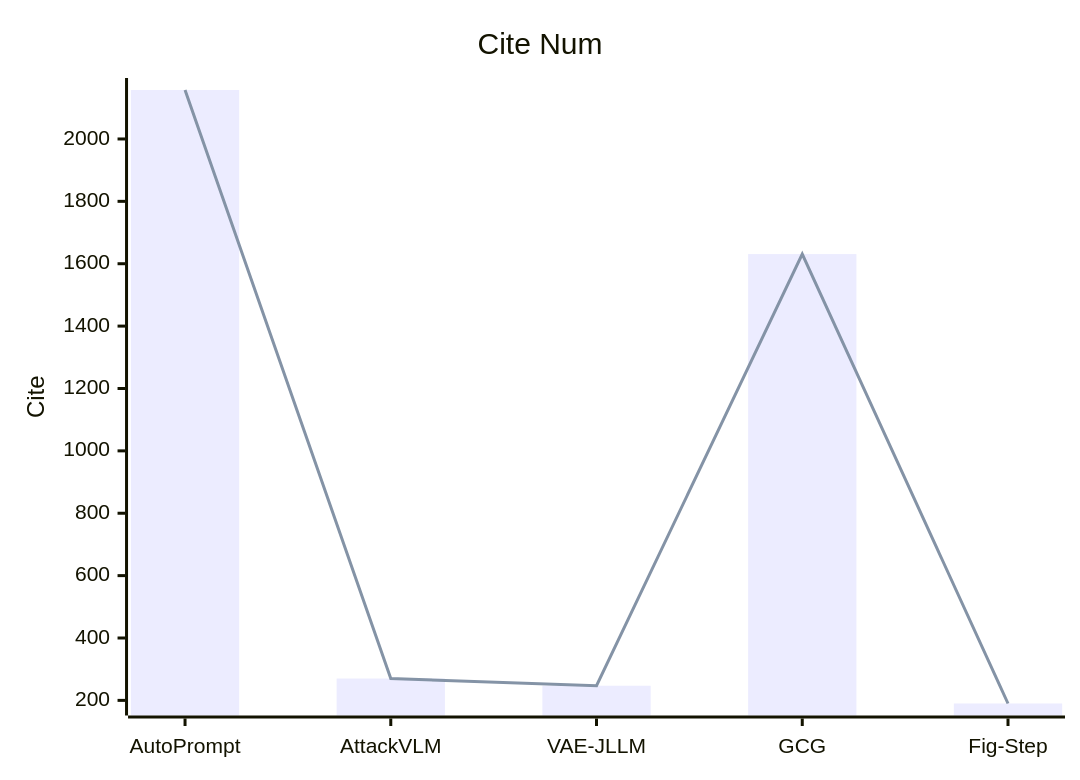
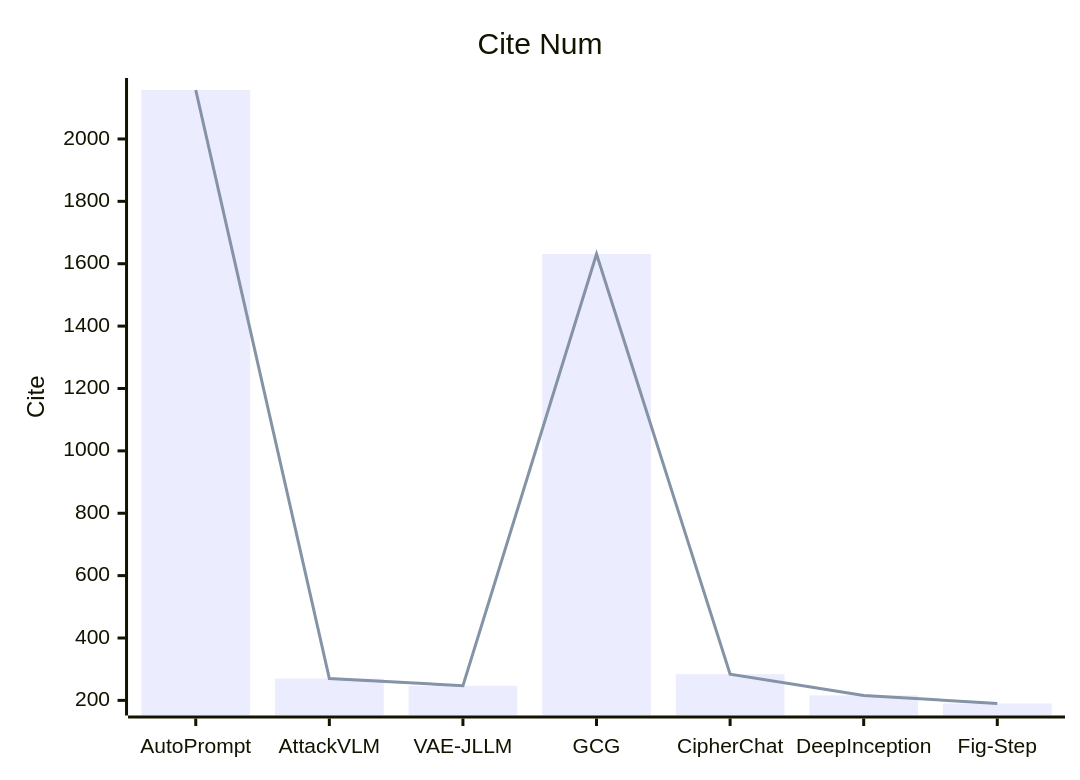
Before and after one commit to Elephant-King9/Paper: the fifth of 5 diagrams in Attack/Jailbreak/analyse.md, drawn with Mermaid. The commit also changed other lines of this file and 3 other files, not shown here.

Commit message:
Gpt-4 is too smart to be safe: Stealthy chat with llms via cipher

````diff
--- a/Attack/Jailbreak/analyse.md
+++ b/Attack/Jailbreak/analyse.md
@@ -70,8 +81,8 @@
 ```mermaid
     xychart-beta
     title "Cite Num"
-    x-axis [AutoPrompt,AttackVLM,VAE-JLLM,GCG,Fig-Step]
+    x-axis [AutoPrompt,AttackVLM,VAE-JLLM,GCG,CipherChat,DeepInception,Fig-Step]
     y-axis "Cite" 
-    bar [2157, 270,247, 1631,190]
-    line [2157, 270,247,1631,190]
+    bar [2157, 270,247, 1631,284,216,190]
+    line [2157, 270,247,1631,284,216,190]
 ```
````
